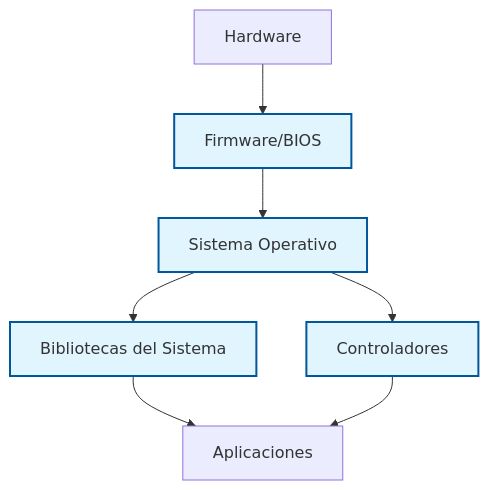
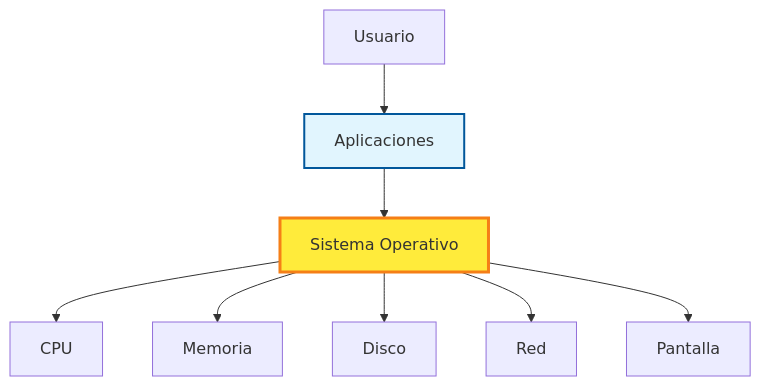
One commit to hectorip/bc-go-cf changed the first of 6 diagrams in presentations/os-programming/slides.md. Above: the diagram before and after it, drawn with Mermaid. The commit also changed other lines of this file and 25 other files, not shown here.

````diff
--- a/presentations/os-programming/slides.md
+++ b/presentations/os-programming/slides.md
@@ -92,12 +68,13 @@
-```mermaid {scale: 0.8}
-graph TD
-    A[Hardware] --> B[Firmware/BIOS]
-    B --> C[Sistema Operativo]
-    C --> D[Controladores]
-    C --> E[Bibliotecas del Sistema]
-    E --> F[Aplicaciones]
-    D --> F
+```mermaid {scale: 0.9}
+graph TB
+    U[Usuario] --> A[Aplicaciones]
+    A --> SO[Sistema Operativo]
+    SO --> H1[CPU]
+    SO --> H2[Memoria]
+    SO --> H3[Disco]
+    SO --> H4[Red]
+    SO --> H5[Pantalla]
     
-    classDef systemSoftware fill:#e1f5fe,stroke:#01579b,stroke-width:2px
-    class B,C,D,E systemSoftware
+    style SO fill:#ffeb3b,stroke:#f57f17,stroke-width:3px
+    style A fill:#e1f5fe,stroke:#01579b,stroke-width:2px
 ```
````
